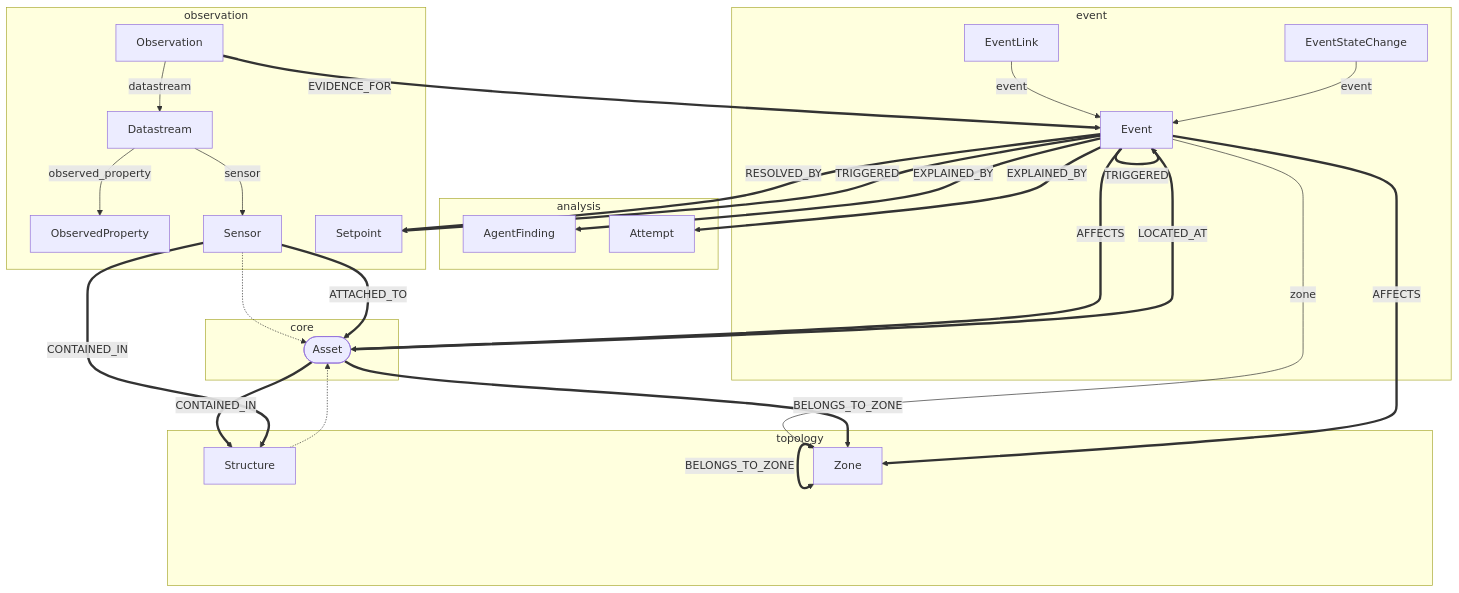
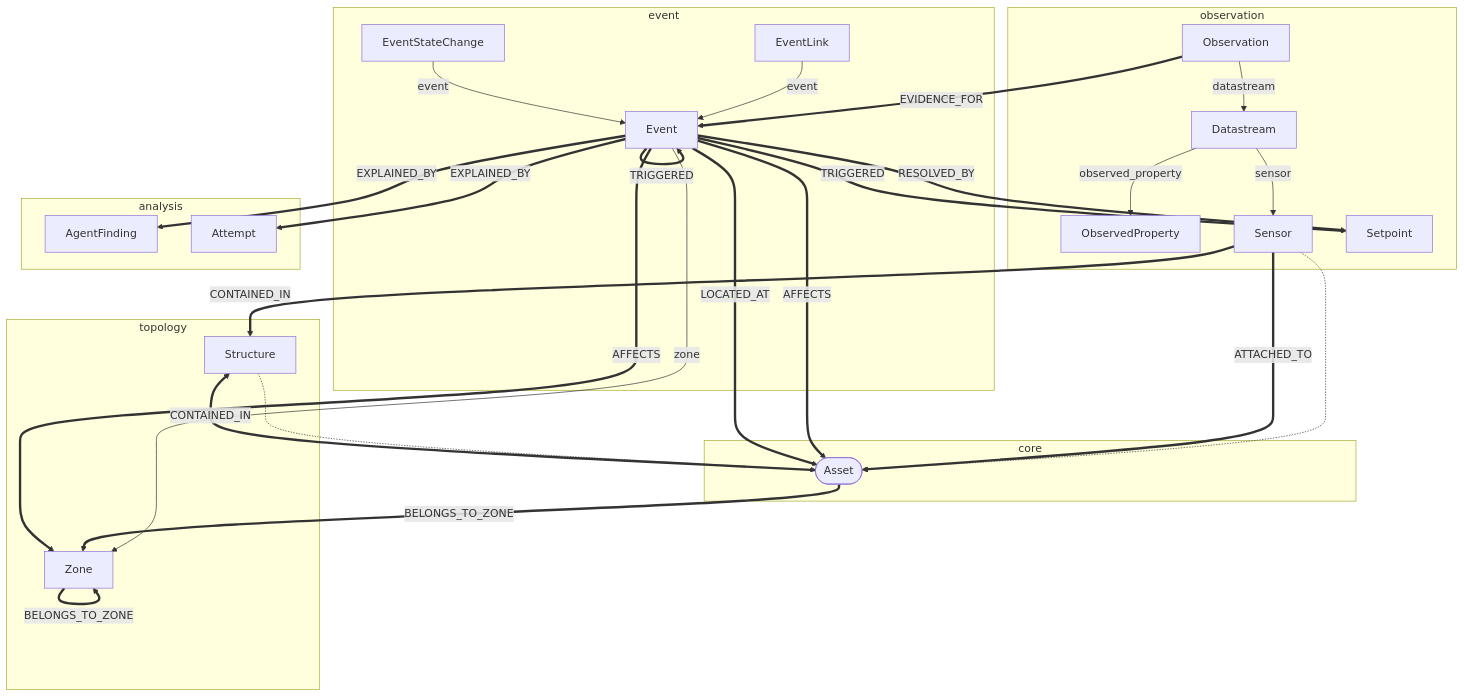
One commit to HydroCouple/water-ontology changed the second of 5 diagrams in docs/diagrams/knowledge-graph.md. Above: the diagram before and after it, drawn with Mermaid. The commit also changed other lines of this file and 21 other files, not shown here.

````diff
--- a/docs/diagrams/knowledge-graph.md
+++ b/docs/diagrams/knowledge-graph.md
@@ -93,51 +93,51 @@
 ```mermaid
 flowchart TB
+  subgraph wsys_topology["topology"]
+    Structure["Structure"]
+    Zone["Zone"]
+  end
   subgraph wsys_observation["observation"]
     Datastream["Datastream"]
     Observation["Observation"]
     ObservedProperty["ObservedProperty"]
     Sensor["Sensor"]
     Setpoint["Setpoint"]
   end
-  subgraph wsys_analysis["analysis"]
-    AgentFinding["AgentFinding"]
-    Attempt["Attempt"]
-  end
   subgraph wsys_event["event"]
     Event["Event"]
     EventLink["EventLink"]
     EventStateChange["EventStateChange"]
   end
+  subgraph wsys_analysis["analysis"]
+    AgentFinding["AgentFinding"]
+    Attempt["Attempt"]
+  end
   subgraph wsys_core["core"]
     Asset(["Asset"])
-  end
-  subgraph wsys_topology["topology"]
-    Structure["Structure"]
-    Zone["Zone"]
   end
   Sensor -.-> Asset
   Structure -.-> Asset
   Datastream -- sensor --> Sensor
   Datastream -- observed_property --> ObservedProperty
   Event -- zone --> Zone
   EventLink -- event --> Event
   EventStateChange -- event --> Event
   Observation -- datastream --> Datastream
   Asset == CONTAINED_IN ==> Structure
   Sensor == CONTAINED_IN ==> Structure
   Sensor == ATTACHED_TO ==> Asset
   Asset == BELONGS_TO_ZONE ==> Zone
   Zone == BELONGS_TO_ZONE ==> Zone
   Event == AFFECTS ==> Asset
   Event == AFFECTS ==> Zone
   Event == LOCATED_AT ==> Asset
   Observation == EVIDENCE_FOR ==> Event
   Event == EVIDENCE_FOR ==> Event
   Event == CAUSED_BY ==> Event
   Event == PART_OF ==> Event
   Event == RESOLVED_BY ==> Setpoint
   Event == TRIGGERED ==> Setpoint
   Event == TRIGGERED ==> Event
   Event == EXPLAINED_BY ==> Attempt
   Event == EXPLAINED_BY ==> AgentFinding
 ```
````
